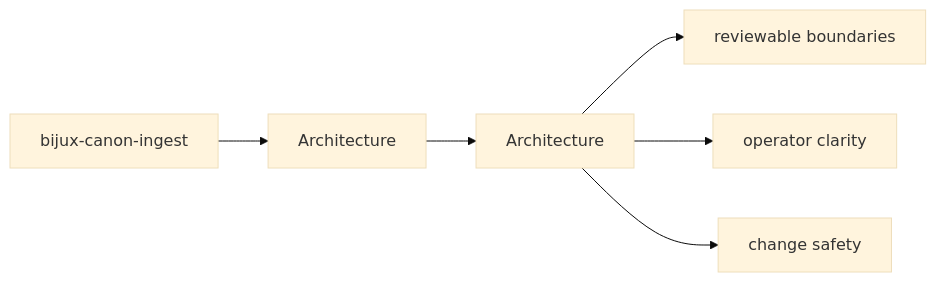
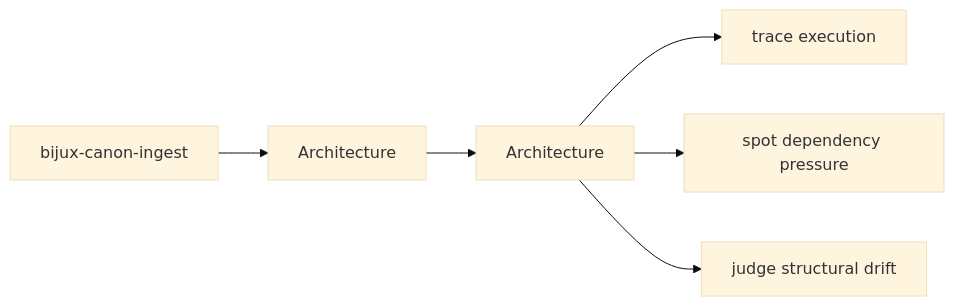
One commit to bijux/bijux-canon changed the first of 2 diagrams in docs/bijux-canon-ingest/architecture/index.md. Above: the diagram before and after it, drawn with Mermaid (base theme). The commit also changed other lines of this file and 250 other files, not shown here.

Commit message:
docs(diagrams): make product page maps more readable

````diff
--- a/docs/bijux-canon-ingest/architecture/index.md
+++ b/docs/bijux-canon-ingest/architecture/index.md
@@ -20,11 +20,11 @@
 ```mermaid
 flowchart LR
     scope["bijux-canon-ingest"] --> section["Architecture"]
     section --> page["Architecture"]
-    dest1["reviewable boundaries"]
-    dest2["operator clarity"]
-    dest3["change safety"]
+    dest1["trace execution"]
+    dest2["spot dependency pressure"]
+    dest3["judge structural drift"]
     page --> dest1
     page --> dest2
     page --> dest3
 ```
````
